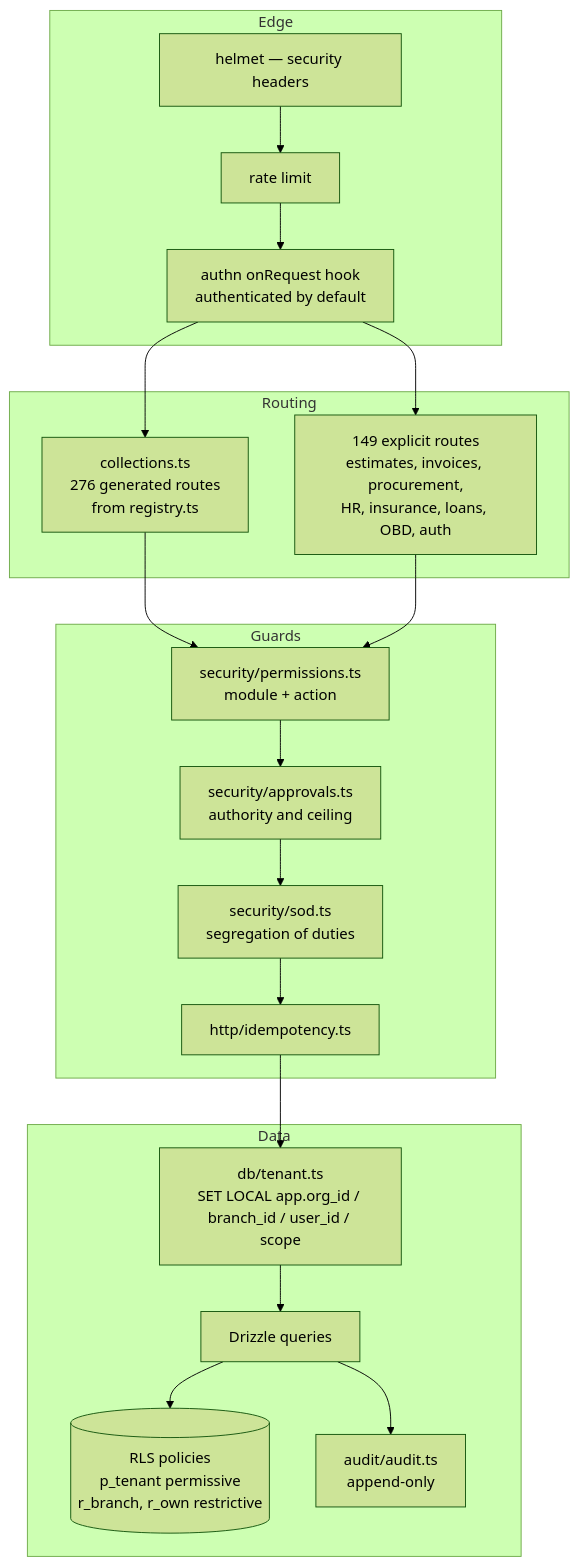
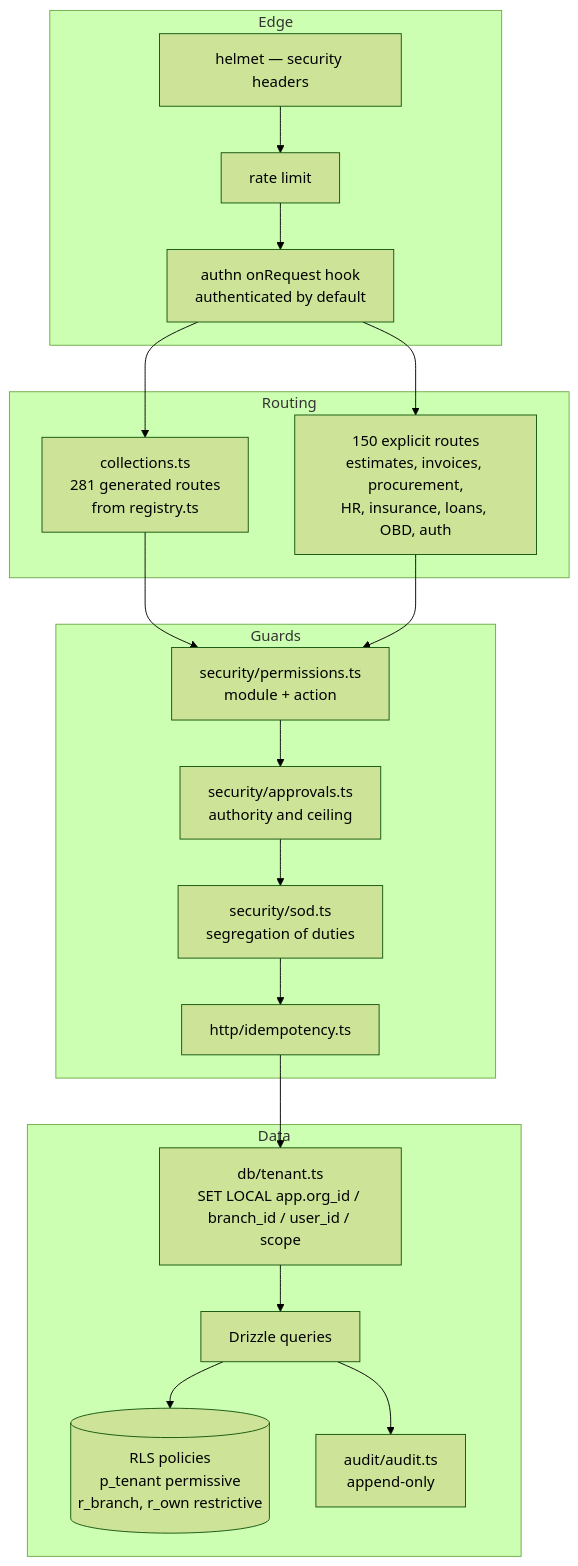
One commit to tazamohd/SlClNe changed the third of 4 diagrams in docs/15_C4_ARCHITECTURE_DIAGRAMS/C4_MODEL.md. Above: the diagram before and after it, drawn with Mermaid (forest theme). The commit also changed other lines of this file and 64 other files, not shown here.

````diff
--- a/docs/15_C4_ARCHITECTURE_DIAGRAMS/C4_MODEL.md
+++ b/docs/15_C4_ARCHITECTURE_DIAGRAMS/C4_MODEL.md
@@ -60,29 +60,29 @@
 ```mermaid
 flowchart TB
   subgraph edge[Edge]
     helmet["helmet — security headers"]
     rl["rate limit"]
     authn["authn onRequest hook<br/>authenticated by default"]
   end
   subgraph routing[Routing]
-    generic["collections.ts<br/>276 generated routes<br/>from registry.ts"]
-    explicit["149 explicit routes<br/>estimates, invoices, procurement,<br/>HR, insurance, loans, OBD, auth"]
+    generic["collections.ts<br/>281 generated routes<br/>from registry.ts"]
+    explicit["150 explicit routes<br/>estimates, invoices, procurement,<br/>HR, insurance, loans, OBD, auth"]
   end
   subgraph guards[Guards]
     perms["security/permissions.ts<br/>module + action"]
     approvals["security/approvals.ts<br/>authority and ceiling"]
     sod["security/sod.ts<br/>segregation of duties"]
     idem["http/idempotency.ts"]
   end
   subgraph data[Data]
     tenant["db/tenant.ts<br/>SET LOCAL app.org_id / branch_id / user_id / scope"]
     drizzle["Drizzle queries"]
     rls[("RLS policies<br/>p_tenant permissive<br/>r_branch, r_own restrictive")]
     audit["audit/audit.ts<br/>append-only"]
   end
   helmet --> rl --> authn --> generic
   authn --> explicit
   generic --> perms
   explicit --> perms --> approvals --> sod --> idem --> tenant --> drizzle --> rls
   drizzle --> audit
 ```
````
